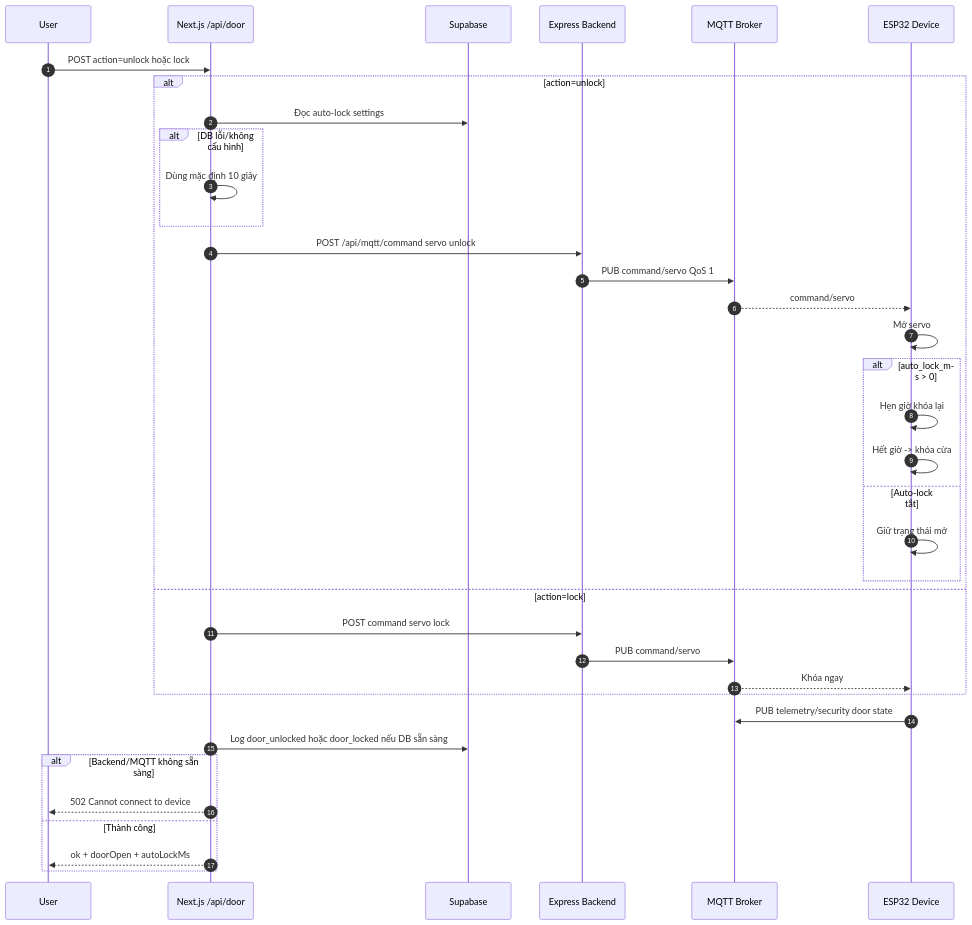
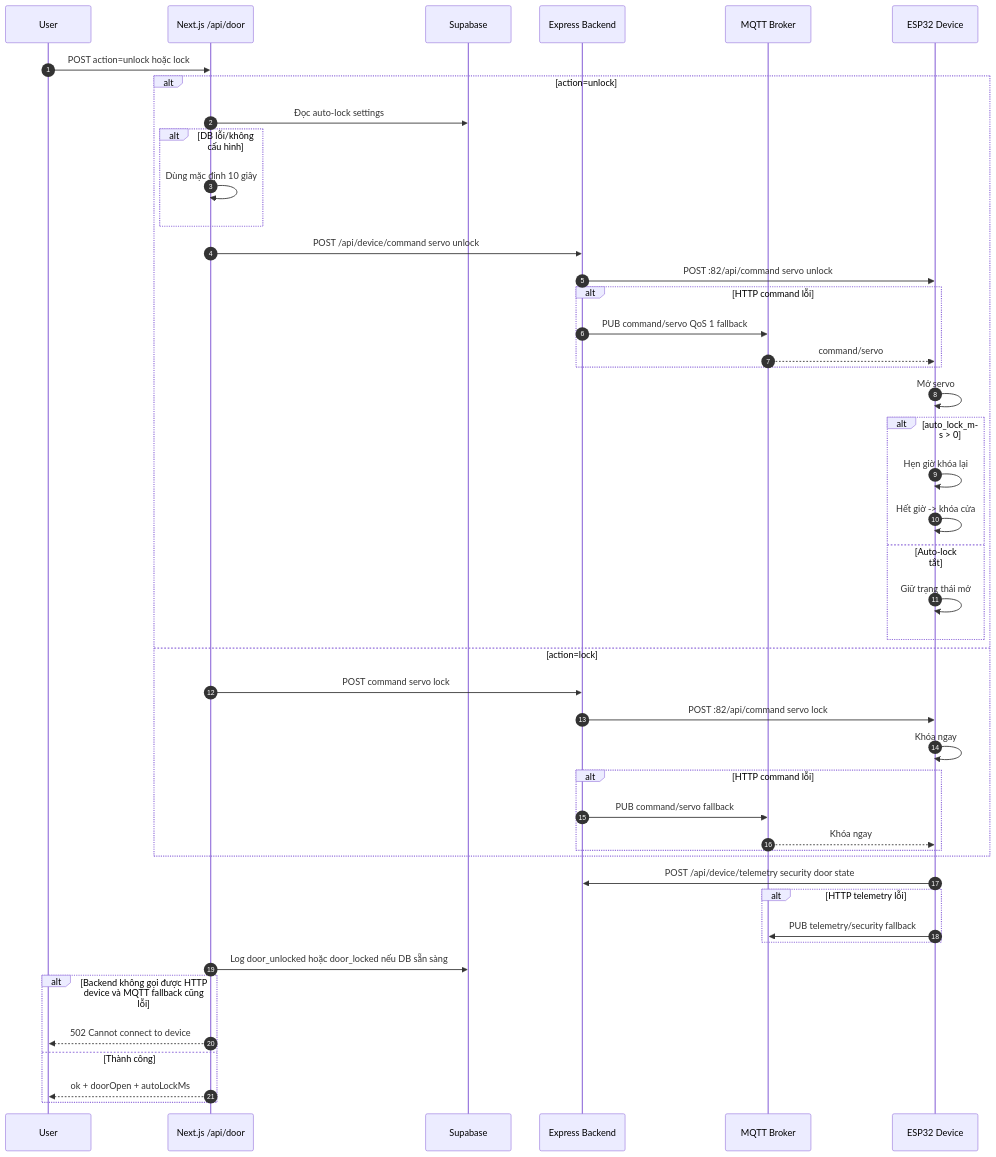
Before and after one commit to ntntran09/EdgeGuard: the sixth of 17 diagrams in docs/EDGEGUARD_FLOWS.md, drawn with Mermaid. The commit also changed other lines of this file, not shown here.

Commit message:
docs: update EdgeGuard HTTP flows

````diff
--- a/docs/EDGEGUARD_FLOWS.md
+++ b/docs/EDGEGUARD_FLOWS.md
@@ -255,41 +278,51 @@
 ```mermaid
 sequenceDiagram
     autonumber
     participant U as User
     participant N as Next.js /api/door
     participant DB as Supabase
     participant B as Express Backend
     participant M as MQTT Broker
     participant D as ESP32 Device
 
     U->>N: POST action=unlock hoặc lock
     alt action=unlock
         N->>DB: Đọc auto-lock settings
         alt DB lỗi/không cấu hình
             N->>N: Dùng mặc định 10 giây
         end
-        N->>B: POST /api/mqtt/command servo unlock
-        B->>M: PUB command/servo QoS 1
-        M-->>D: command/servo
+        N->>B: POST /api/device/command servo unlock
+        B->>D: POST :82/api/command servo unlock
+        alt HTTP command lỗi
+            B->>M: PUB command/servo QoS 1 fallback
+            M-->>D: command/servo
+        end
         D->>D: Mở servo
         alt auto_lock_ms > 0
             D->>D: Hẹn giờ khóa lại
             D->>D: Hết giờ -> khóa cửa
         else Auto-lock tắt
             D->>D: Giữ trạng thái mở
         end
     else action=lock
         N->>B: POST command servo lock
-        B->>M: PUB command/servo
-        M-->>D: Khóa ngay
+        B->>D: POST :82/api/command servo lock
+        D->>D: Khóa ngay
+        alt HTTP command lỗi
+            B->>M: PUB command/servo fallback
+            M-->>D: Khóa ngay
+        end
     end
 
-    D->>M: PUB telemetry/security door state
+    D->>B: POST /api/device/telemetry security door state
+    alt HTTP telemetry lỗi
+        D->>M: PUB telemetry/security fallback
+    end
     N->>DB: Log door_unlocked hoặc door_locked nếu DB sẵn sàng
 
-    alt Backend/MQTT không sẵn sàng
+    alt Backend không gọi được HTTP device và MQTT fallback cũng lỗi
         N-->>U: 502 Cannot connect to device
     else Thành công
         N-->>U: ok + doorOpen + autoLockMs
     end
 ```
````
